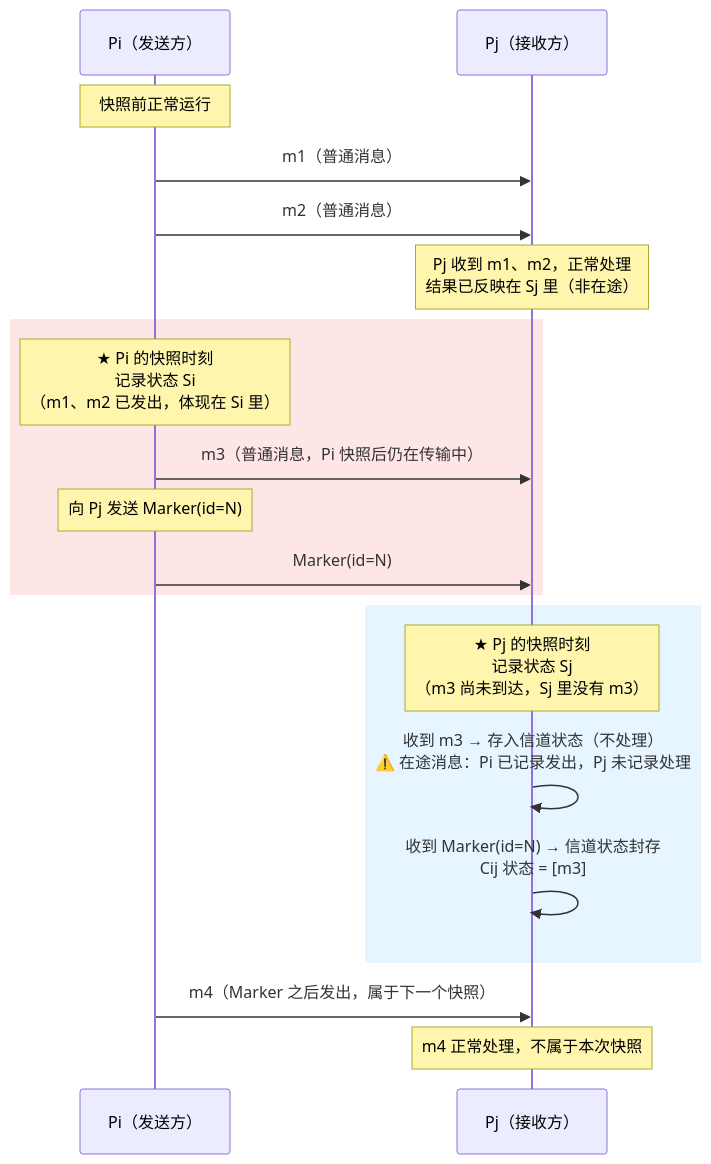
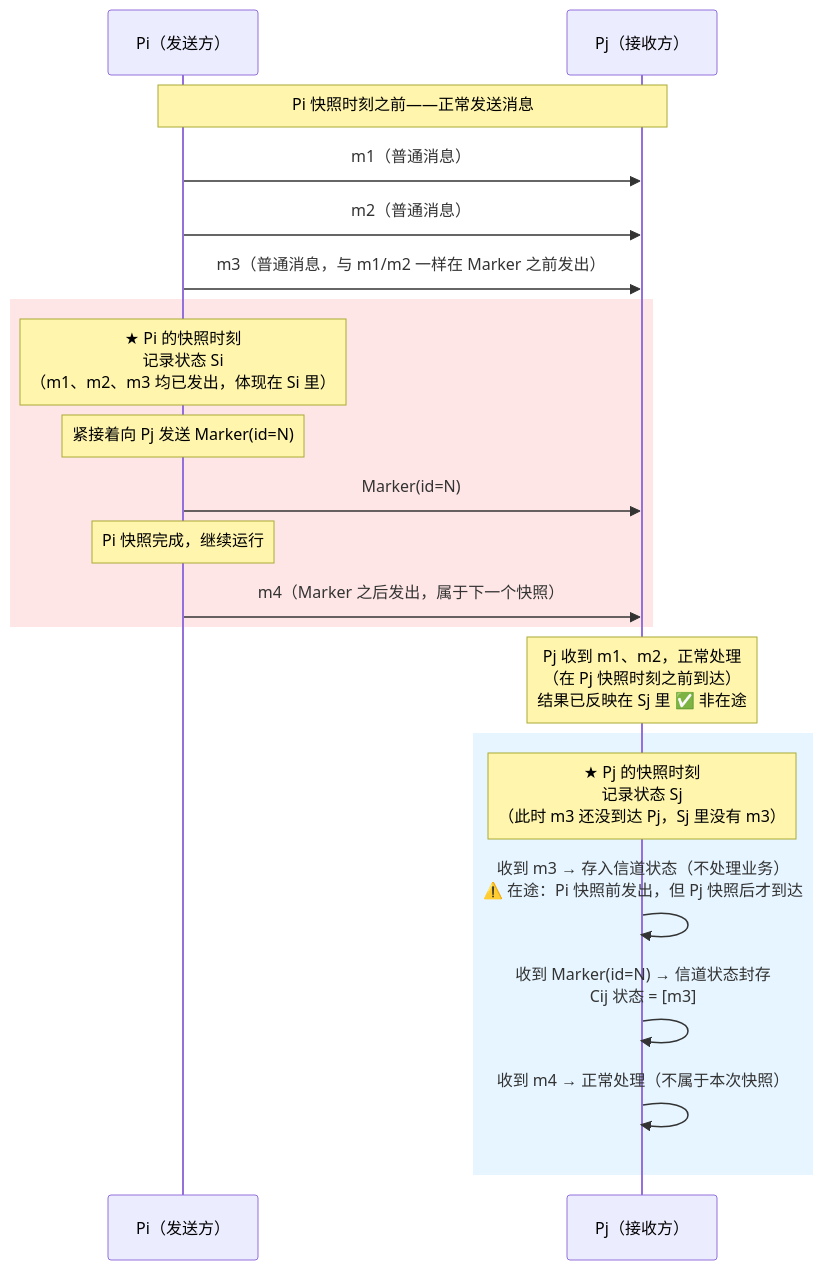
The first of 6 diagrams in part3-java-deep/A9-Chandy-Lamport分布式快照算法.md (LiPingjiang/Full-Stack-Knowledge-Book), drawn with Mermaid before and after one commit. The commit also changed other lines of this file, not shown here.

Commit message:
fix: A9-Chandy-Lamport 修正在途消息图的逻辑错误
- 原图错误：m3 被画在 Pi 快照时刻之后发出
- 修正：m1/m2/m3 都在 Pi 快照时刻之前发出（Marker 之前），
  区分在途 vs 非在途的唯一标准是 Pj 收到时刻 vs Pj 快照时刻
- 新增关键结论说明框，明确这一核心判断逻辑
- 时序图重绘：m3 移到 Pi 快照前发出，Marker 在 m3 之后发
- 对比表列名改为'Pj 收到并处理的时刻'，更准确
- 新增说明：FIFO 保证 Marker 之前发出的消息一定在 Marker 之前到达，
  Pj 只需看 Marker 位置即可划分边界，无需知道每条消息的物理到达时刻

````diff
--- a/part3-java-deep/A9-Chandy-Lamport分布式快照算法.md
+++ b/part3-java-deep/A9-Chandy-Lamport分布式快照算法.md
@@ -118,27 +120,27 @@
 ```mermaid
 sequenceDiagram
     participant Pi as Pi（发送方）
     participant Pj as Pj（接收方）
 
-    Note over Pi: 快照前正常运行
+    Note over Pi,Pj: Pi 快照时刻之前——正常发送消息
     Pi->>Pj: m1（普通消息）
     Pi->>Pj: m2（普通消息）
-
-    Note over Pj: Pj 收到 m1、m2，正常处理<br/>结果已反映在 Sj 里（非在途）
+    Pi->>Pj: m3（普通消息，与 m1/m2 一样在 Marker 之前发出）
 
     rect rgb(255, 230, 230)
-        Note over Pi: ★ Pi 的快照时刻<br/>记录状态 Si<br/>（m1、m2 已发出，体现在 Si 里）
-        Pi->>Pj: m3（普通消息，Pi 快照后仍在传输中）
-        Note over Pi: 向 Pj 发送 Marker(id=N)
+        Note over Pi: ★ Pi 的快照时刻<br/>记录状态 Si<br/>（m1、m2、m3 均已发出，体现在 Si 里）
+        Note over Pi: 紧接着向 Pj 发送 Marker(id=N)
         Pi->>Pj: Marker(id=N)
+        Note over Pi: Pi 快照完成，继续运行
+        Pi->>Pj: m4（Marker 之后发出，属于下一个快照）
     end
 
+    Note over Pj: Pj 收到 m1、m2，正常处理<br/>（在 Pj 快照时刻之前到达）<br/>结果已反映在 Sj 里 ✅ 非在途
+
     rect rgb(230, 245, 255)
-        Note over Pj: ★ Pj 的快照时刻<br/>记录状态 Sj<br/>（m3 尚未到达，Sj 里没有 m3）
-        Pj->>Pj: 收到 m3 → 存入信道状态（不处理）<br/>⚠️ 在途消息：Pi 已记录发出，Pj 未记录处理
+        Note over Pj: ★ Pj 的快照时刻<br/>记录状态 Sj<br/>（此时 m3 还没到达 Pj，Sj 里没有 m3）
+        Pj->>Pj: 收到 m3 → 存入信道状态（不处理业务）<br/>⚠️ 在途：Pi 快照前发出，但 Pj 快照后才到达
         Pj->>Pj: 收到 Marker(id=N) → 信道状态封存<br/>Cij 状态 = [m3]
+        Pj->>Pj: 收到 m4 → 正常处理（不属于本次快照）
     end
-
-    Pi->>Pj: m4（Marker 之后发出，属于下一个快照）
-    Note over Pj: m4 正常处理，不属于本次快照
 ```
````
